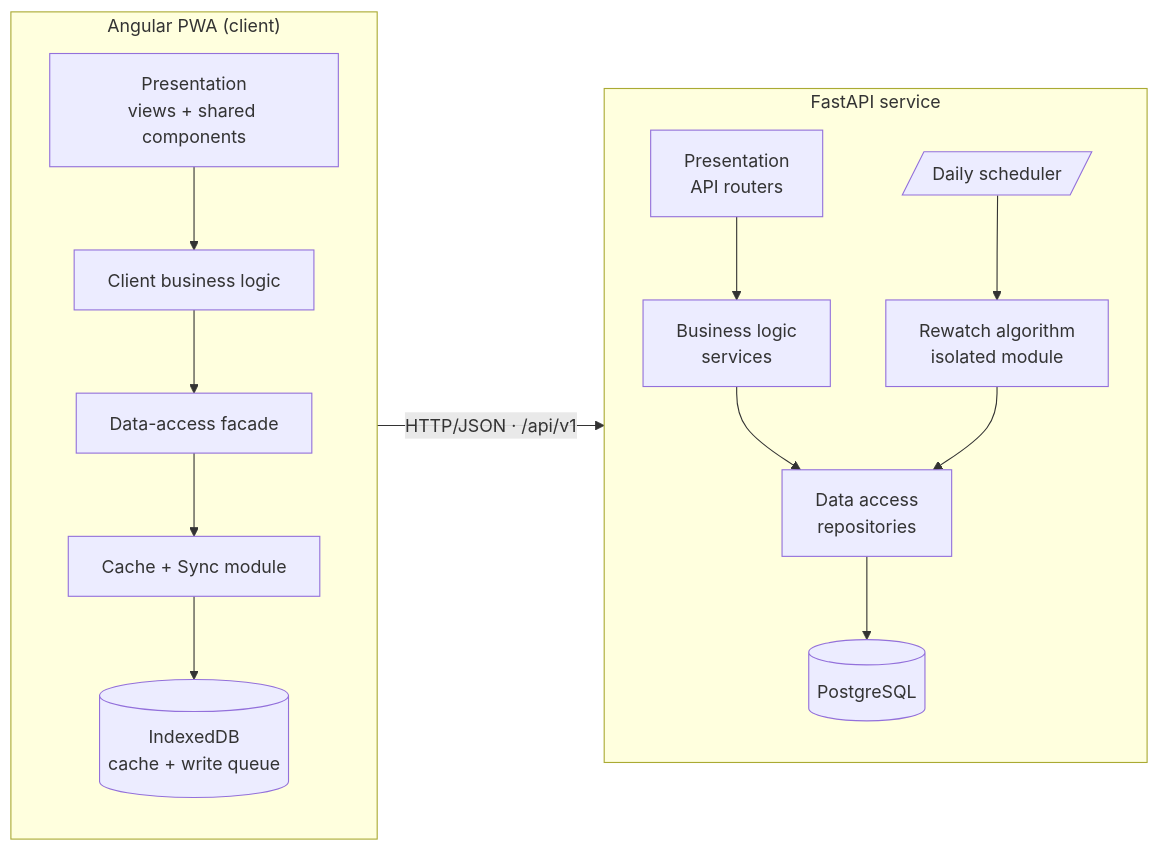
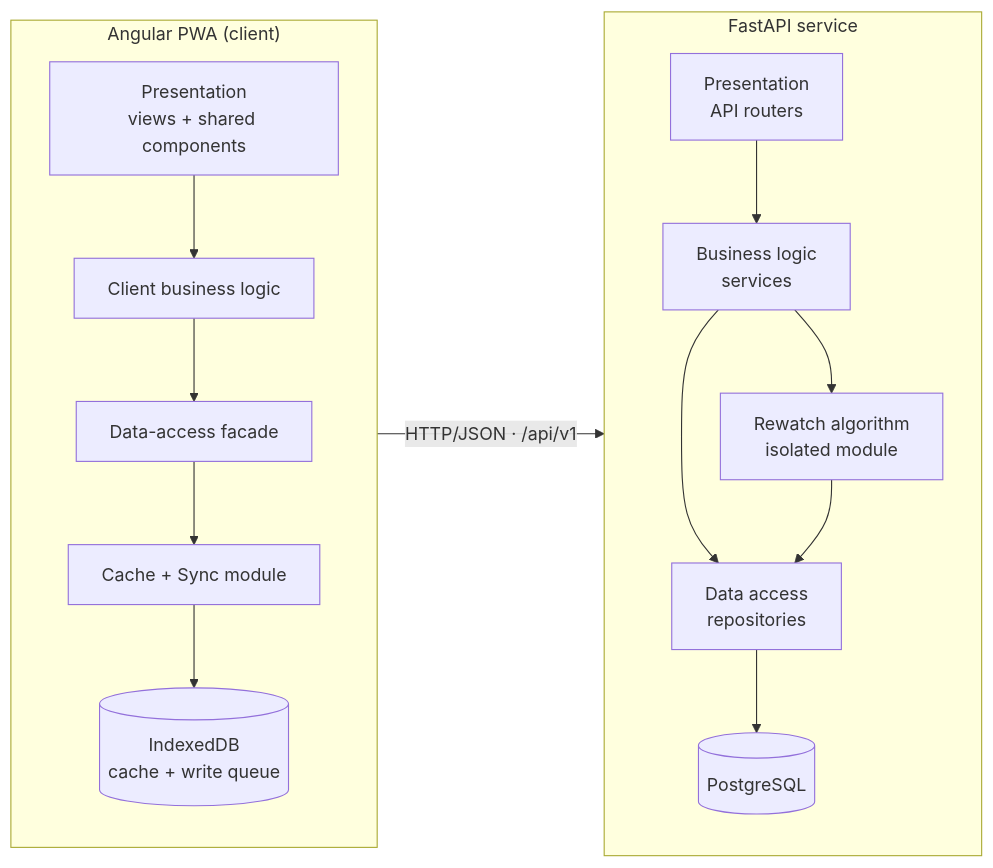
Before and after one commit to Jan0H0Punkt/FilmRewatchApp: the first of 4 diagrams in docs/designs/DESIGN_V1.md, drawn with Mermaid. The commit also changed other lines of this file and 2 other files, not shown here.

Commit message:
docs(rewatch): record the read-driven recompute in place of the daily scheduler

````diff
--- a/docs/designs/DESIGN_V1.md
+++ b/docs/designs/DESIGN_V1.md
@@ -88,32 +88,31 @@
 ```mermaid
 flowchart LR
     subgraph Client["Angular PWA (client)"]
         direction TB
         P1[Presentation<br/>views + shared components]
         BL1[Client business logic]
         DAF[Data-access facade]
         CS[Cache + Sync module]
         IDB[(IndexedDB<br/>cache + write queue)]
         P1 --> BL1
         BL1 --> DAF
         DAF --> CS
         CS --> IDB
     end
 
     subgraph Server["FastAPI service"]
         direction TB
         P2[Presentation<br/>API routers]
         BL2[Business logic<br/>services]
         RA[Rewatch algorithm<br/>isolated module]
-        SCHED[/Daily scheduler/]
         DAL[Data access<br/>repositories]
         DB[(PostgreSQL)]
         P2 --> BL2
         BL2 --> DAL
         DAL --> DB
-        SCHED --> RA
+        BL2 --> RA
         RA --> DAL
     end
 
     DAF -- "HTTP/JSON · /api/v1" --> P2
 ```
````
